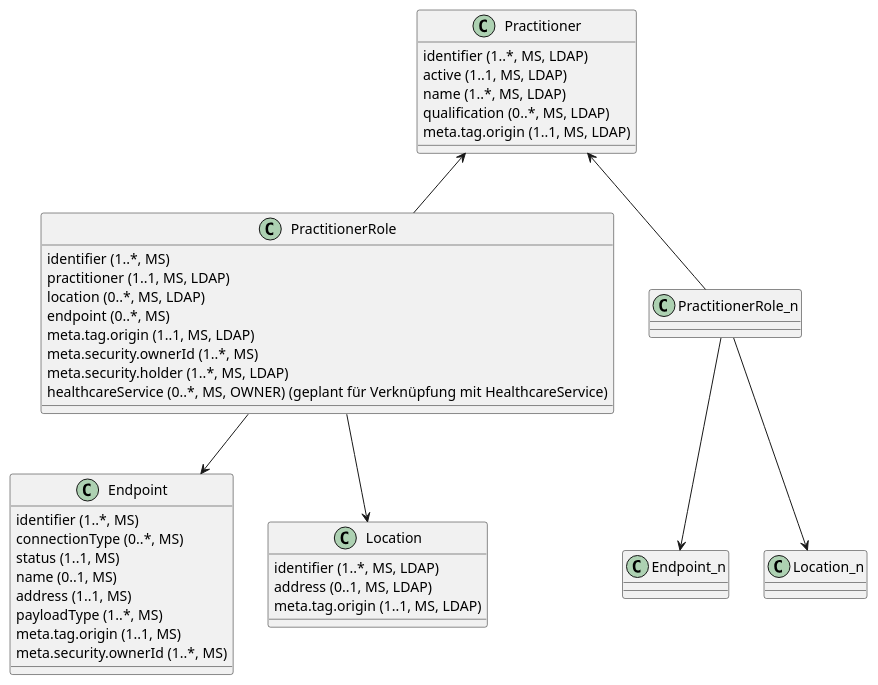
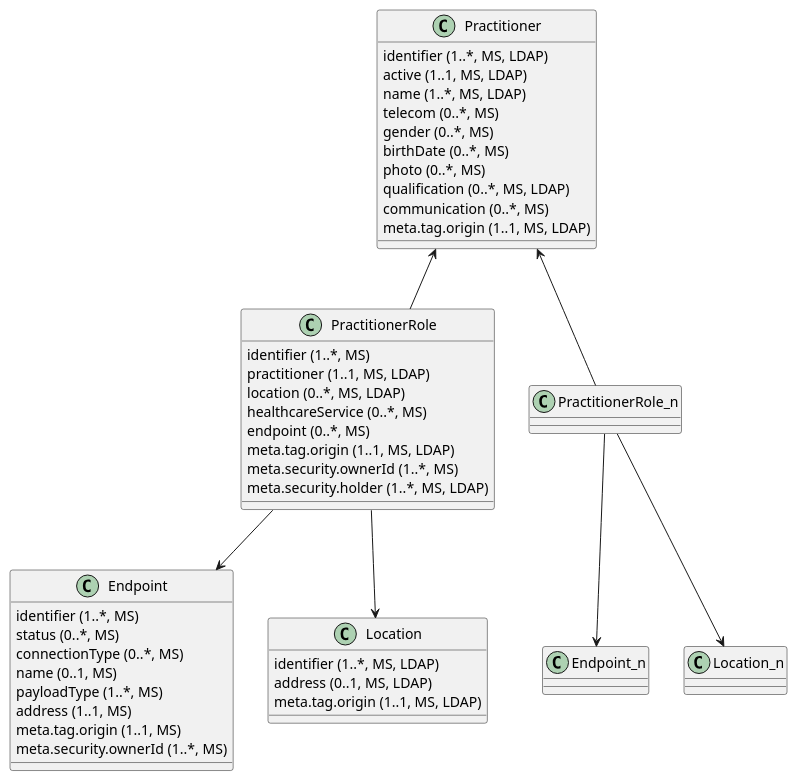
Before and after one commit to gematik/api-vzd: the diagram in src/plantuml/ClassDiagram.PractitionerDirectory.puml, drawn with PlantUML.

```diff
--- a/src/plantuml/ClassDiagram.PractitionerDirectory.puml
+++ b/src/plantuml/ClassDiagram.PractitionerDirectory.puml
@@ -1,45 +1,51 @@
 @startuml
  
 class Practitioner {
   {field} identifier (1..*, MS, LDAP)
   {field} active (1..1, MS, LDAP)
   {field} name (1..*, MS, LDAP)
+  {field} telecom (0..*, MS)
+  {field} gender (0..*, MS)
+  {field} birthDate (0..*, MS)
+  {field} photo (0..*, MS)
   {field} qualification (0..*, MS, LDAP)
+  {field} communication (0..*, MS)
   {field} meta.tag.origin (1..1, MS, LDAP)
 }
  
 class PractitionerRole {
   {field} identifier (1..*, MS)
   {field} practitioner (1..1, MS, LDAP)
   {field} location (0..*, MS, LDAP)
+  {field} healthcareService (0..*, MS)
   {field} endpoint (0..*, MS)
   {field} meta.tag.origin (1..1, MS, LDAP)
   {field} meta.security.ownerId (1..*, MS)
   {field} meta.security.holder (1..*, MS, LDAP)
-  {field} healthcareService (0..*, MS, OWNER) (geplant für Verknüpfung mit HealthcareService)
 }
  
 class Endpoint {
   {field} identifier (1..*, MS)
+  {field} status (0..*, MS)
   {field} connectionType (0..*, MS)
-  {field} status (1..1, MS)
   {field} name (0..1, MS)
+  {field} payloadType (1..*, MS)
   {field} address (1..1, MS)
-  {field} payloadType (1..*, MS)
   {field} meta.tag.origin (1..1, MS)
   {field} meta.security.ownerId (1..*, MS)
 }
+
 class Location {
   {field} identifier (1..*, MS, LDAP)
   {field} address (0..1, MS, LDAP)
   {field} meta.tag.origin (1..1, MS, LDAP)
 }
  
 Practitioner <-- PractitionerRole
 PractitionerRole --> Endpoint
 PractitionerRole --> Location
  
 Practitioner <-- PractitionerRole_n
 PractitionerRole_n  --> Endpoint_n
 PractitionerRole_n  --> Location_n
 @enduml
```
